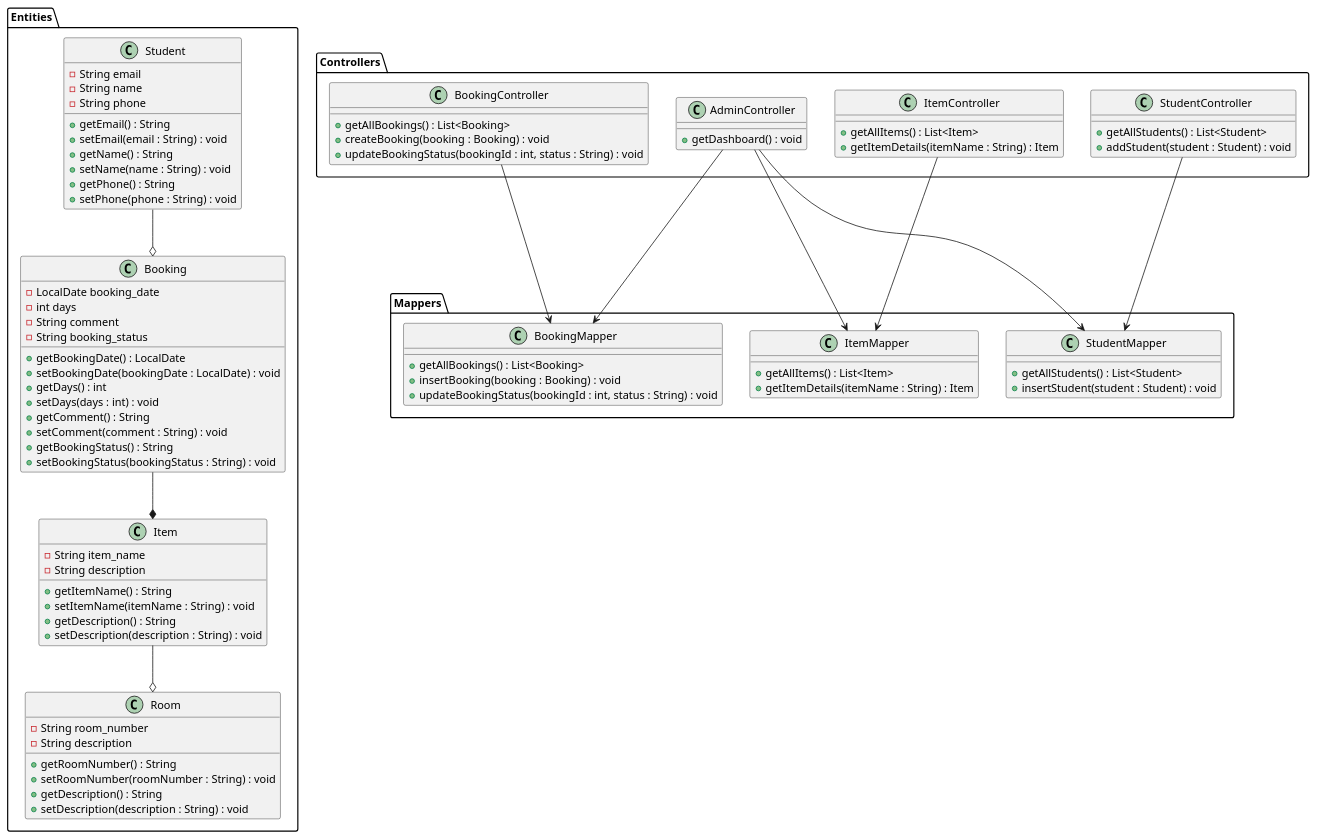
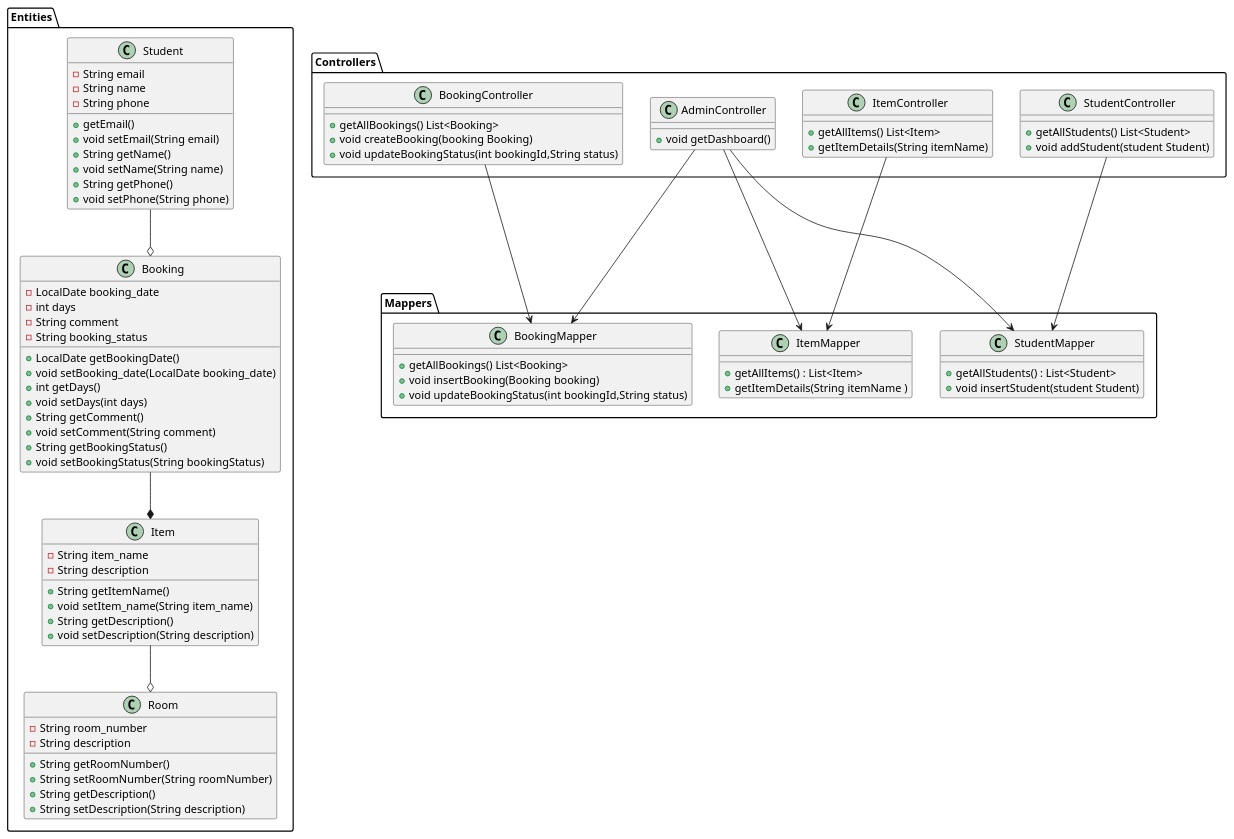
Before and after one commit to Madihakhan1/BookingSystem: the diagram in docs/Class-diagram.puml, drawn with PlantUML.

Commit message:
klasseDiagram opdateret

```diff
--- a/docs/Class-diagram.puml
+++ b/docs/Class-diagram.puml
@@ -1,102 +1,102 @@
 @startuml
 
-package "Entities" {
+package Entities {
     class Student {
         - String email
         - String name
         - String phone
-        + getEmail() : String
-        + setEmail(email : String) : void
-        + getName() : String
-        + setName(name : String) : void
-        + getPhone() : String
-        + setPhone(phone : String) : void
+        + getEmail()
+        + void setEmail(String email)
+        + String getName()
+        + void setName(String name)
+        + String getPhone()
+        + void setPhone(String phone)
     }
 
     class Item {
         - String item_name
         - String description
-        + getItemName() : String
-        + setItemName(itemName : String) : void
-        + getDescription() : String
-        + setDescription(description : String) : void
+        + String getItemName()
+        + void setItem_name(String item_name)
+        + String getDescription()
+        + void setDescription(String description)
     }
 
     class Booking {
         - LocalDate booking_date
         - int days
         - String comment
         - String booking_status
-        + getBookingDate() : LocalDate
-        + setBookingDate(bookingDate : LocalDate) : void
-        + getDays() : int
-        + setDays(days : int) : void
-        + getComment() : String
-        + setComment(comment : String) : void
-        + getBookingStatus() : String
-        + setBookingStatus(bookingStatus : String) : void
+        + LocalDate getBookingDate()
+        + void setBooking_date(LocalDate booking_date)
+        + int getDays()
+        + void setDays(int days)
+        + String getComment()
+        + void setComment(String comment)
+        + String getBookingStatus()
+        + void setBookingStatus(String bookingStatus)
     }
 
     class Room {
         - String room_number
         - String description
-        + getRoomNumber() : String
-        + setRoomNumber(roomNumber : String) : void
-        + getDescription() : String
-        + setDescription(description : String) : void
+        + String getRoomNumber()
+        + String setRoomNumber(String roomNumber)
+        + String getDescription()
+        + String setDescription(String description)
     }
 }
 
 package "Controllers" {
     class StudentController {
-        + getAllStudents() : List<Student>
-        + addStudent(student : Student) : void
+        + getAllStudents() List<Student>
+        + void addStudent(student Student)
     }
 
     class ItemController {
-        + getAllItems() : List<Item>
-        + getItemDetails(itemName : String) : Item
+        + getAllItems() List<Item>
+        + getItemDetails(String itemName)
     }
 
     class BookingController {
-        + getAllBookings() : List<Booking>
-        + createBooking(booking : Booking) : void
-        + updateBookingStatus(bookingId : int, status : String) : void
+        + getAllBookings() List<Booking>
+        + void createBooking(booking Booking)
+        + void updateBookingStatus(int bookingId,String status)
     }
 
     class AdminController {
-        + getDashboard() : void
+        + void getDashboard()
     }
 }
 
 package "Mappers" {
     class StudentMapper {
         + getAllStudents() : List<Student>
-        + insertStudent(student : Student) : void
+        + void insertStudent(student Student)
     }
 
     class ItemMapper {
         + getAllItems() : List<Item>
-        + getItemDetails(itemName : String) : Item
+        + getItemDetails(String itemName )
     }
 
     class BookingMapper {
-        + getAllBookings() : List<Booking>
-        + insertBooking(booking : Booking) : void
-        + updateBookingStatus(bookingId : int, status : String) : void
+        + getAllBookings() List<Booking>
+        + void insertBooking(Booking booking)
+        + void updateBookingStatus(int bookingId,String status)
     }
 }
 
 ' Relationships
 Student  --o  Booking
 Booking --* Item
 Item --o Room
 StudentController --> StudentMapper
 ItemController --> ItemMapper
 BookingController --> BookingMapper
 
 AdminController --> StudentMapper
 AdminController --> ItemMapper
 AdminController --> BookingMapper
 
 @enduml
```
